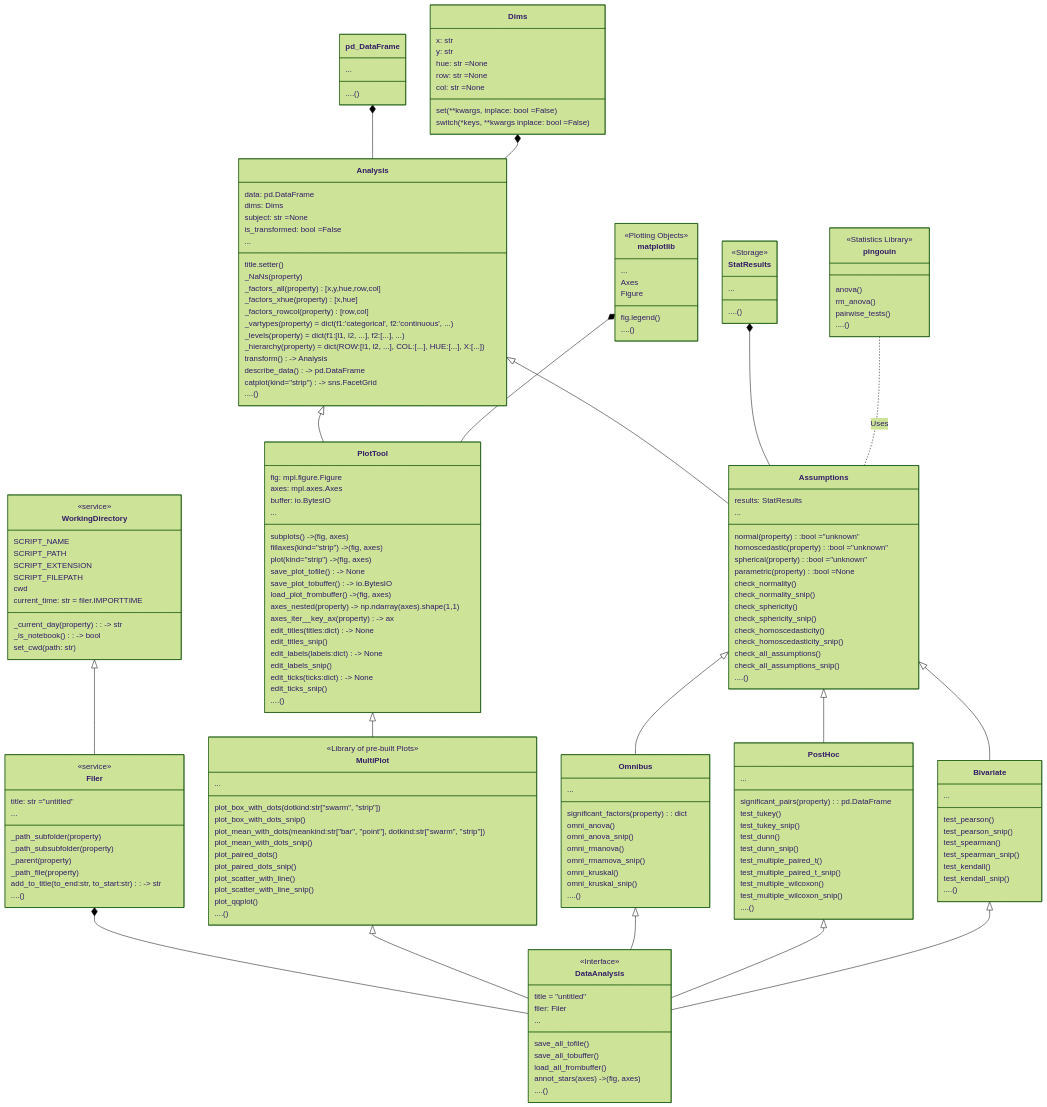
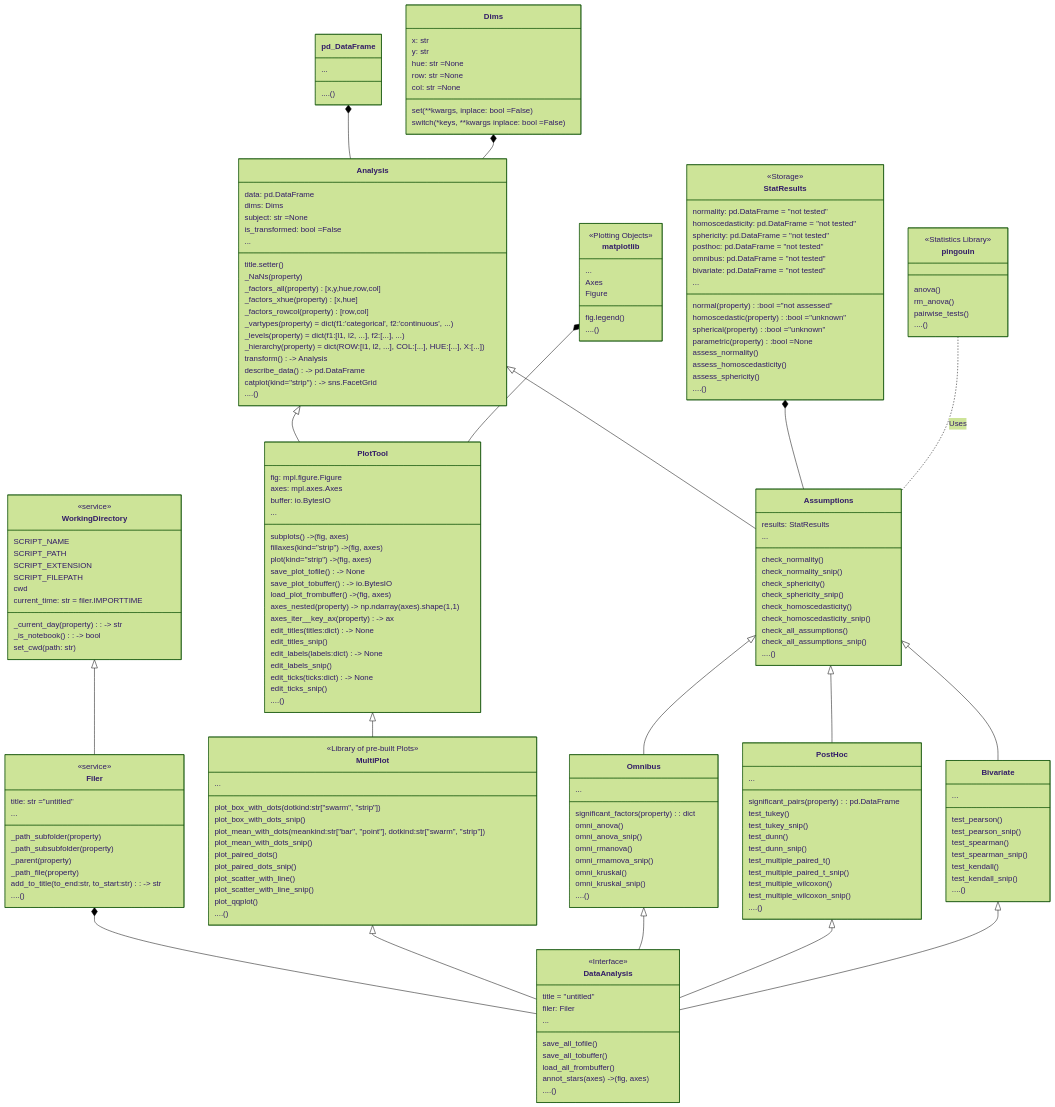
The diagram in README.md (markur4/plotastic), drawn with Mermaid (forest theme) before and after one commit. The commit also changed 11 other files, not shown here.

```diff
--- a/README.md
+++ b/README.md
@@ -135,16 +135,25 @@
 
    class StatResults{
       <<Storage>>
+      normality: pd.DataFrame = "not tested"
+      homoscedasticity: pd.DataFrame = "not tested"
+      sphericity: pd.DataFrame = "not tested"
+      posthoc: pd.DataFrame = "not tested"
+      omnibus: pd.DataFrame = "not tested"
+      bivariate: pd.DataFrame = "not tested"
       ...
+      normal(property):bool ="not assessed"
+      homoscedastic(property):bool ="unknown"
+      spherical(property):bool ="unknown"
+      parametric(property):bool =None
+      assess_normality()
+      assess_homoscedasticity()
+      assess_sphericity()
       ....()
    }
 
    class Assumptions{
       results: StatResults 
-      normal(property):bool ="unknown"
-      homoscedastic(property):bool ="unknown"
-      spherical(property):bool ="unknown"
-      parametric(property):bool =None
       ...
       check_normality()
       check_normality_snip()
```
